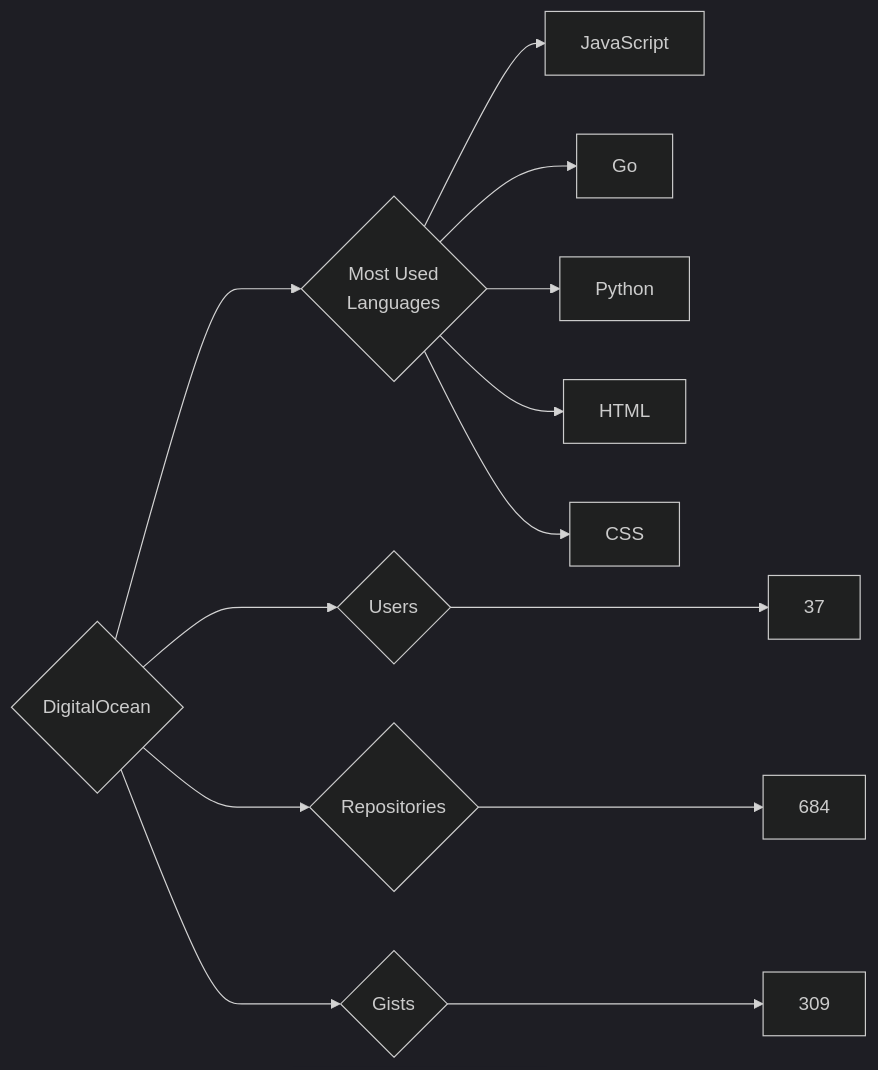
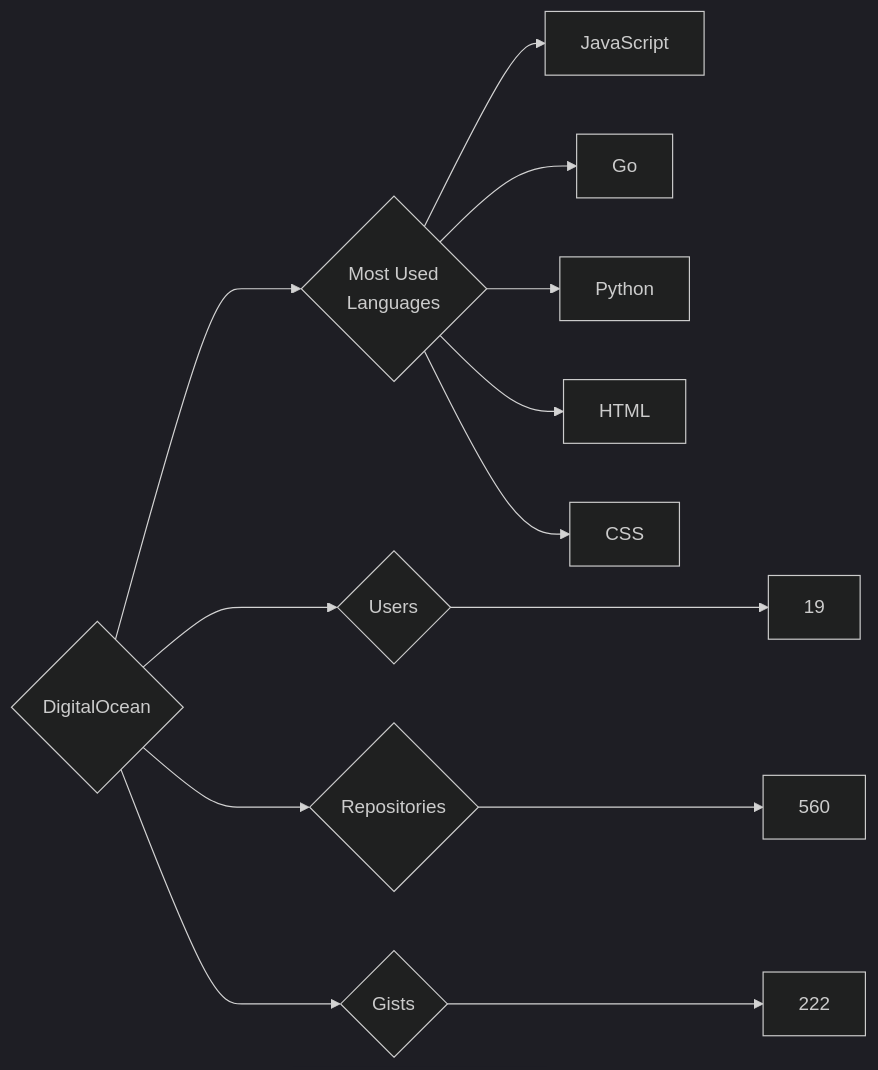
One commit to trickest/insiders changed the diagram in targets/DigitalOcean/README.md. Above: the diagram before and after it, drawn with Mermaid (dark theme). The commit also changed 814 other files, not shown here.

````diff
--- a/targets/DigitalOcean/README.md
+++ b/targets/DigitalOcean/README.md
@@ -3,13 +3,13 @@
 ```mermaid
 graph LR
 COMPANY_NAME{DigitalOcean}
-COMPANY_NAME ---> U{Users} ---> UN[37]
-COMPANY_NAME ---> R{Repositories} ---> RN[684]
-COMPANY_NAME ---> G{Gists} ---> GN[309]
+COMPANY_NAME ---> U{Users} ---> UN[19]
+COMPANY_NAME ---> R{Repositories} ---> RN[560]
+COMPANY_NAME ---> G{Gists} ---> GN[222]
 COMPANY_NAME ---> ML{Most Used<br>Languages}
 ML --> JavaScript[JavaScript]
 ML --> Go[Go]
 ML --> Python[Python]
 ML --> HTML[HTML]
 ML --> CSS[CSS]
 ```
````
